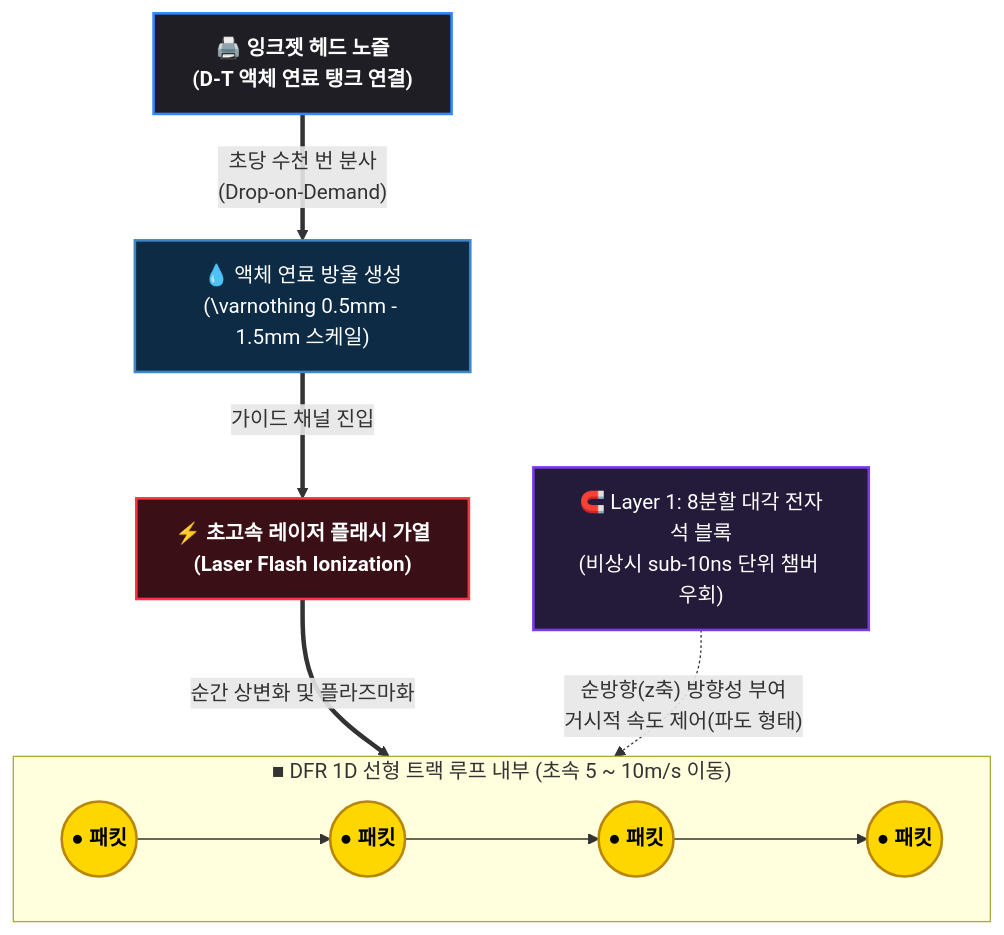
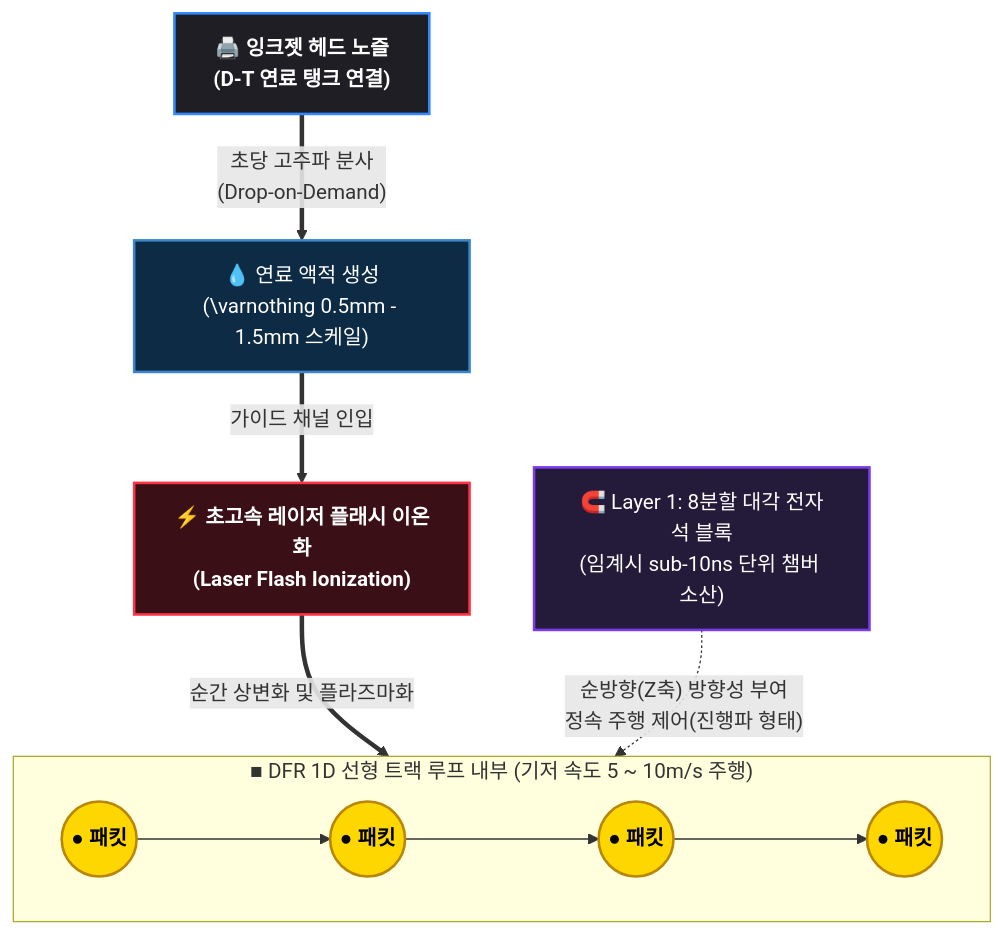
Before and after one commit to PJHkorea/discrete-filament-router-KR: the second of 2 diagrams in docs/Normal_Operation_Specs.md, drawn with Mermaid. The commit also changed other lines of this file, not shown here.

````diff
--- a/docs/Normal_Operation_Specs.md
+++ b/docs/Normal_Operation_Specs.md
@@ -122,34 +128,35 @@
 ```mermaid
 graph TD
     %% 스타일 클래스 정의
     classDef head fill:#1e1e24,stroke:#3388ff,stroke-width:2px,color:#fff,font-weight:bold;
     classDef droplet fill:#0d2b45,stroke:#3a86c8,stroke-width:2px,color:#fff;
     classDef laser fill:#3a0f16,stroke:#ff3344,stroke-width:2px,color:#fff,font-weight:bold;
     classDef packet fill:#FFD700,stroke:#B8860B,stroke-width:2px,color:#000,font-weight:bold;
     classDef magnet fill:#241A3A,stroke:#7C3AED,stroke-width:2px,color:#fff;
 
     %% 노드 전개
-    HEAD["🖨️ 잉크젯 헤드 노즐<br>(D-T 액체 연료 탱크 연결)"]
-    DROPLET["💧 액체 연료 방울 생성<br>(\varnothing 0.5mm - 1.5mm 스케일)"]
-    LASER["⚡ 초고속 레이저 플래시 가열<br>(Laser Flash Ionization)"]
+    HEAD["🖨️ 잉크젯 헤드 노즐<br>(D-T 연료 탱크 연결)"]
+    DROPLET["💧 연료 액적 생성<br>(\varnothing 0.5mm - 1.5mm 스케일)"]
+    LASER["⚡ 초고속 레이저 플래시 이온화<br>(Laser Flash Ionization)"]
     
-    subgraph TRACK ["■ DFR 1D 선형 트랙 루프 내부 (초속 5 ~ 10m/s 이동)"]
+    subgraph TRACK ["■ DFR 1D 선형 트랙 루프 내부 (기저 속도 5 ~ 10m/s 주행)"]
         direction LR
         P1(("● 패킷")) ---> P2(("● 패킷")) ---> P3(("● 패킷")) ---> P4(("● 패킷"))
     end
     
-    MAGNET["🧲 Layer 1: 8분할 대각 전자석 블록<br>(비상시 sub-10ns 단위 챔버 우회)"]
+    MAGNET["🧲 Layer 1: 8분할 대각 전자석 블록<br>(임계시 sub-10ns 단위 챔버 소산)"]
 
     %% 흐름 연결
-    HEAD ==> |"초당 수천 번 분사<br>(Drop-on-Demand)"| DROPLET
-    DROPLET ==> |"가이드 채널 진입"| LASER
+    HEAD ==> |"초당 고주파 분사<br>(Drop-on-Demand)"| DROPLET
+    DROPLET ==> |"가이드 채널 인입"| LASER
     LASER ==> |"순간 상변화 및 플라즈마화"| P1
-    MAGNET -.-> |"순방향(z축) 방향성 부여 <br> 거시적 속도 제어(파도 형태)"| TRACK
+    MAGNET -.-> |"순방향(Z축) 방향성 부여 <br> 정속 주행 제어(진행파 형태)"| TRACK
 
     %% 스타일 적용
     class HEAD head;
     class DROPLET droplet;
     class LASER laser;
     class P1,P2,P3,P4 packet;
     class MAGNET magnet;
+
 ```
````
